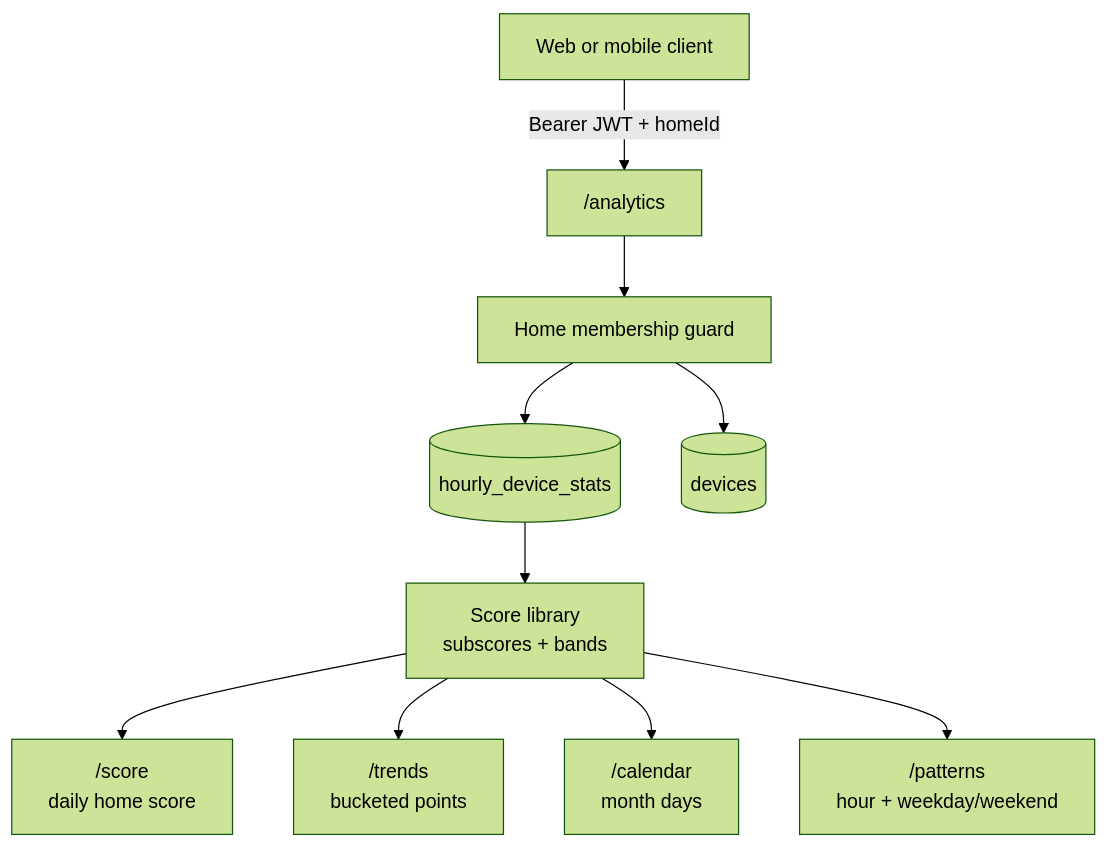
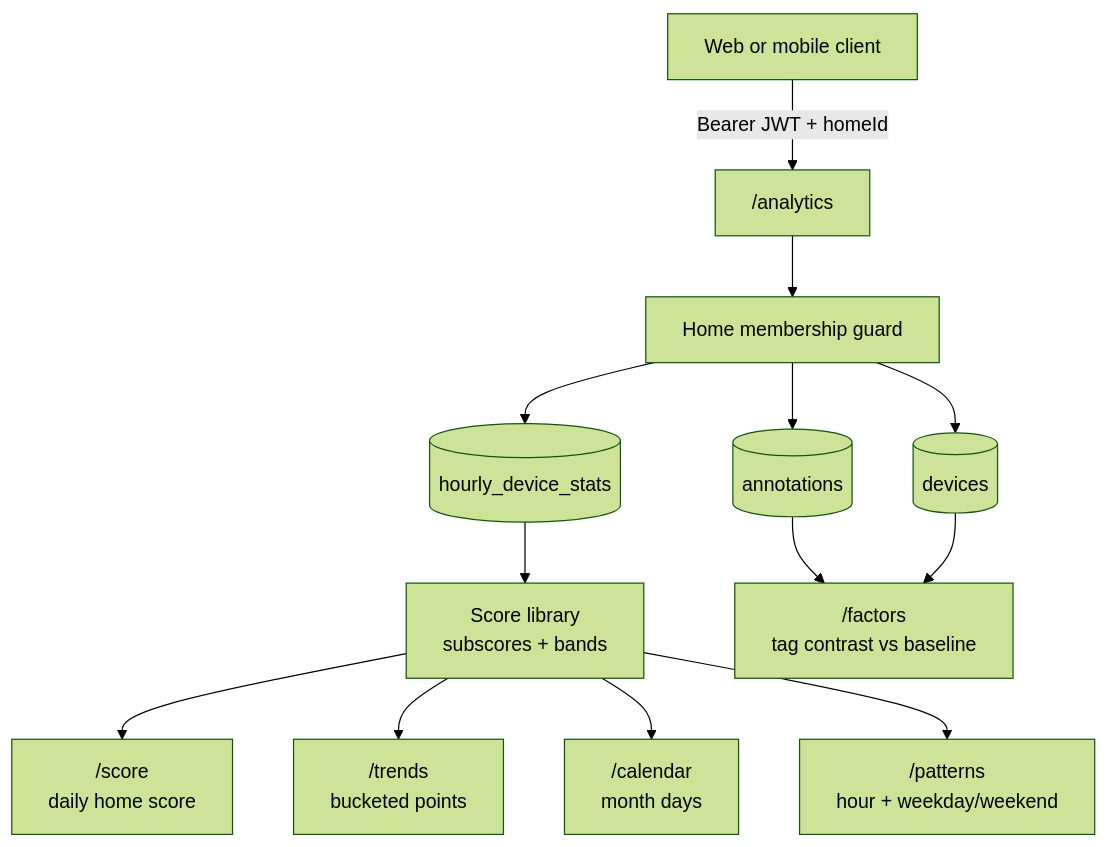
The fifth of 10 diagrams in docs/ARCHITECTURE.md (Hek846/aerospec), drawn with Mermaid (forest theme) before and after one commit. The commit also changed other lines of this file and 5 other files, not shown here.

First line of the commit message:
API: annotations CRUD + /analytics/factors correlation

````diff
--- a/docs/ARCHITECTURE.md
+++ b/docs/ARCHITECTURE.md
@@ -233,12 +233,15 @@
 ```mermaid
 flowchart TB
     C["Web or mobile client"] -->|"Bearer JWT + homeId"| A["/analytics"]
     A --> G["Home membership guard"]
     G --> H[("hourly_device_stats")]
     G --> D[("devices")]
+    G --> ANN[("annotations")]
     H --> S["Score library<br/>subscores + bands"]
     S --> ONE["/score<br/>daily home score"]
     S --> TWO["/trends<br/>bucketed points"]
     S --> THREE["/calendar<br/>month days"]
     S --> FOUR["/patterns<br/>hour + weekday/weekend"]
+    ANN --> FIVE["/factors<br/>tag contrast vs baseline"]
+    D --> FIVE
 ```
````
